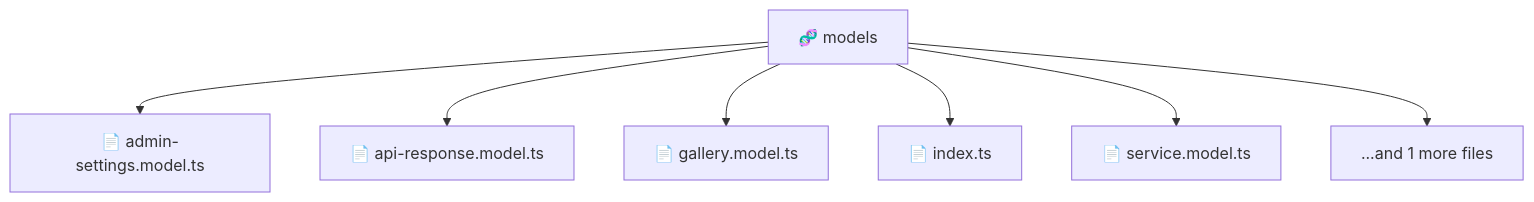
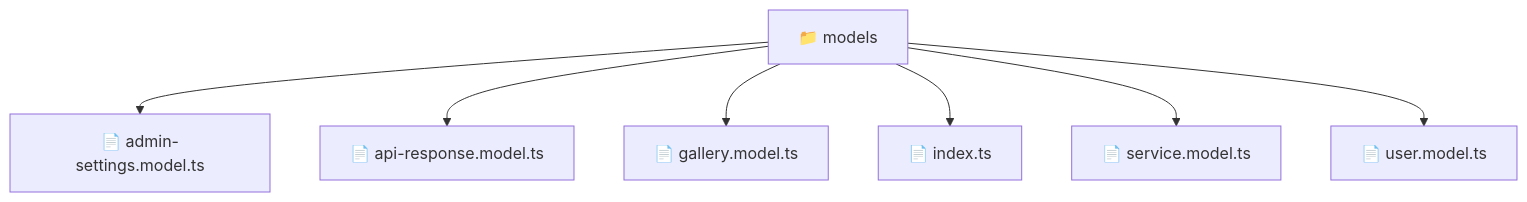
The diagram in frontend/src/shared/models/README.md (beginwebdev2002/fullstack-mavluda), drawn with Mermaid before and after one commit. The commit also changed other lines of this file and 159 other files, not shown here.

````diff
--- a/frontend/src/shared/models/README.md
+++ b/frontend/src/shared/models/README.md
@@ -11,10 +11,10 @@
 ```mermaid
 graph TD
-  models["🧬 models"]
-  models --> models_admin_settings_model_ts["📄 admin-settings.model.ts"]
-  models --> models_api_response_model_ts["📄 api-response.model.ts"]
-  models --> models_gallery_model_ts["📄 gallery.model.ts"]
-  models --> models_index_ts["📄 index.ts"]
-  models --> models_service_model_ts["📄 service.model.ts"]
-  models --> models_more_files["...and 1 more files"]
+  Root["📁 models"]
+  Root --> admin_settings_model_ts["📄 admin-settings.model.ts"]
+  Root --> api_response_model_ts["📄 api-response.model.ts"]
+  Root --> gallery_model_ts["📄 gallery.model.ts"]
+  Root --> index_ts["📄 index.ts"]
+  Root --> service_model_ts["📄 service.model.ts"]
+  Root --> user_model_ts["📄 user.model.ts"]
 ```
````
